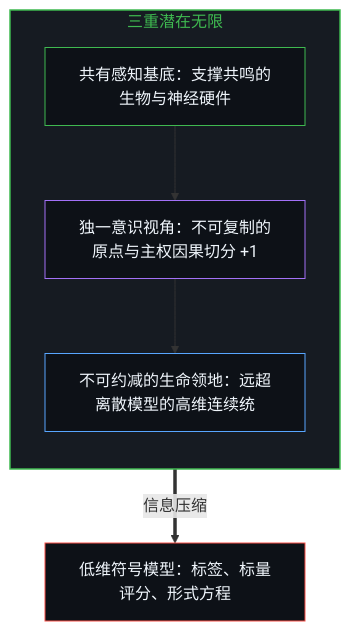
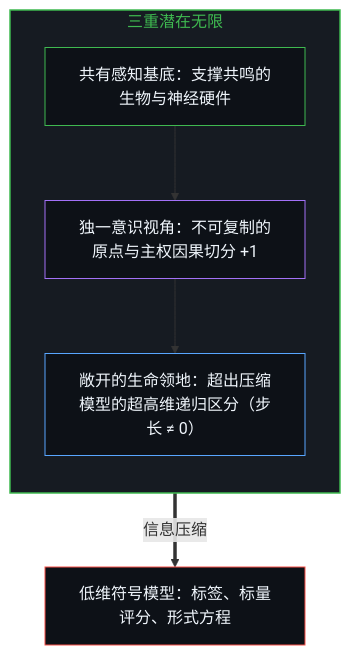
The first of 10 diagrams in content/posts/the-shadow-and-the-infinite.md (powerpig99/not-a-toe), drawn with Mermaid before and after one commit. The commit also changed other lines of this file and 2 other files, not shown here.

````diff
--- a/content/posts/the-shadow-and-the-infinite.md
+++ b/content/posts/the-shadow-and-the-infinite.md
@@ -25,18 +25,18 @@
 ```mermaid
 flowchart TD
     subgraph ThreefoldInfinity["三重潜在无限"]
         direction TB
         SubstrateFold["共有感知基底：支撑共鸣的生物与神经硬件"]
         PerspectiveFold["独一意识视角：不可复制的原点与主权因果切分 +1"]
-        TerritoryFold["不可约减的生命领地：远超离散模型的高维连续统"]
+        TerritoryFold["敞开的生命领地：超出压缩模型的超高维递归区分（步长 ≠ 0）"]
         SubstrateFold --> PerspectiveFold
         PerspectiveFold --> TerritoryFold
     end
     LowDModel["低维符号模型：标签、标量评分、形式方程"]
     TerritoryFold ==>|"信息压缩"| LowDModel
     style ThreefoldInfinity fill:#161b22,stroke:#3fb950,stroke-width:1.5px,color:#3fb950
     style SubstrateFold fill:#0d1117,stroke:#3fb950,stroke-width:1px,color:#f0f6fc
     style PerspectiveFold fill:#0d1117,stroke:#a371f7,stroke-width:1px,color:#f0f6fc
     style TerritoryFold fill:#0d1117,stroke:#58a6ff,stroke-width:1px,color:#f0f6fc
     style LowDModel fill:#0d1117,stroke:#f85149,stroke-width:1px,color:#f0f6fc
 ```
````
